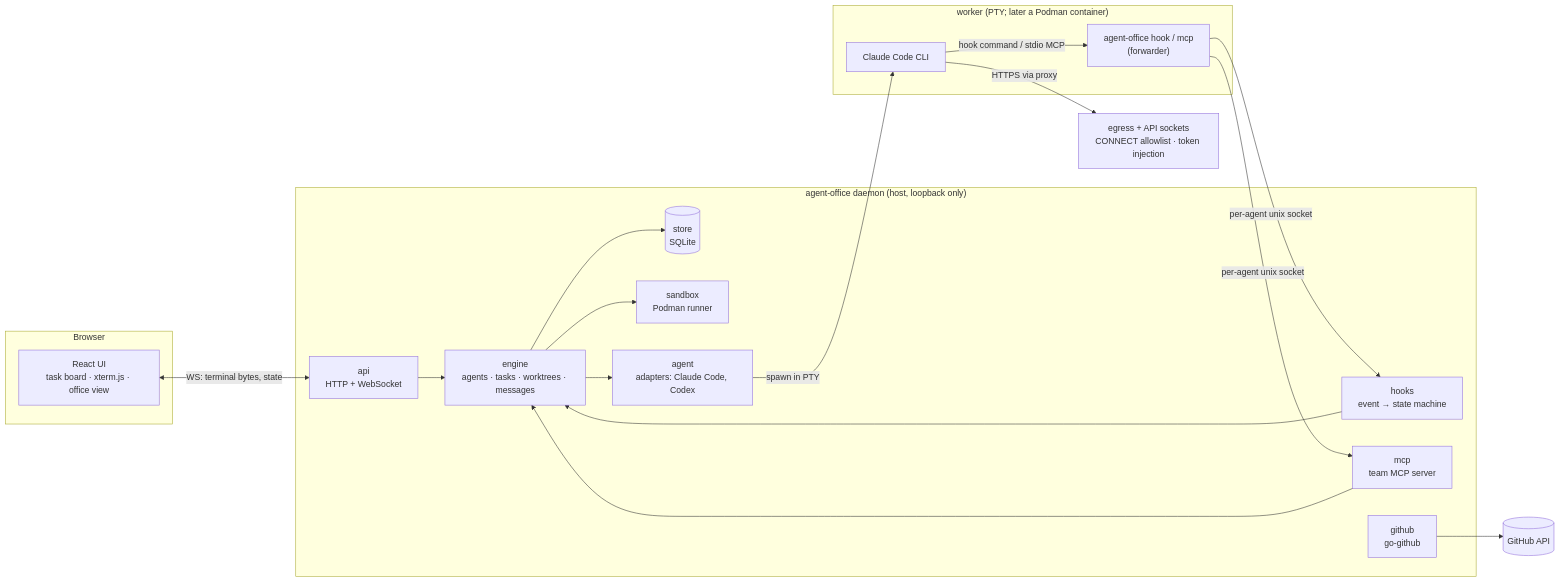
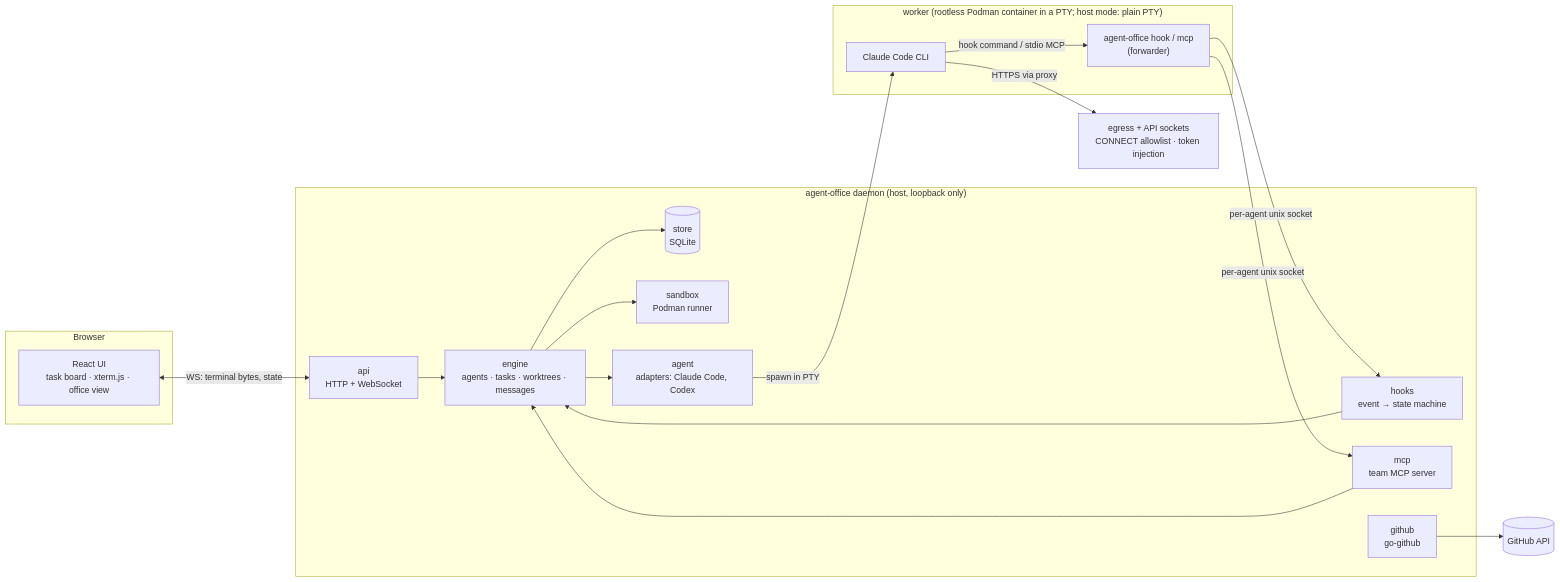
One commit to OzanAlpkaya/agent-office changed the first of 2 diagrams in docs/architecture.md. Above: the diagram before and after it, drawn with Mermaid. The commit also changed other lines of this file and 3 other files, not shown here.

First line of the commit message:
docs: Phase 3 architecture, threat model with tests, ADR 0007 status

````diff
--- a/docs/architecture.md
+++ b/docs/architecture.md
@@ -14,39 +14,39 @@
 ```mermaid
 flowchart LR
   subgraph Browser
     UI[React UI<br/>task board · xterm.js · office view]
   end
 
   subgraph Daemon["agent-office daemon (host, loopback only)"]
     API[api<br/>HTTP + WebSocket]
     ENG[engine<br/>agents · tasks · worktrees · messages]
     HK[hooks<br/>event → state machine]
     MCP[mcp<br/>team MCP server]
     ST[(store<br/>SQLite)]
     GH[github<br/>go-github]
     SB[sandbox<br/>Podman runner]
     AD[agent<br/>adapters: Claude Code, Codex]
   end
 
-  subgraph Worker["worker (PTY; later a Podman container)"]
+  subgraph Worker["worker (rootless Podman container in a PTY; host mode: plain PTY)"]
     CC[Claude Code CLI]
     FWD["agent-office hook / mcp<br/>(forwarder)"]
   end
 
   PX[egress + API sockets<br/>CONNECT allowlist · token injection]
   GHAPI[(GitHub API)]
 
   UI <-- WS: terminal bytes, state --> API
   API --> ENG
   ENG --> ST
   ENG --> AD
   AD -- spawn in PTY --> CC
   ENG --> SB
   CC -- hook command / stdio MCP --> FWD
   FWD -- per-agent unix socket --> HK
   FWD -- per-agent unix socket --> MCP
   HK --> ENG
   MCP --> ENG
   CC -- HTTPS via proxy --> PX
   GH --> GHAPI
 ```
````
